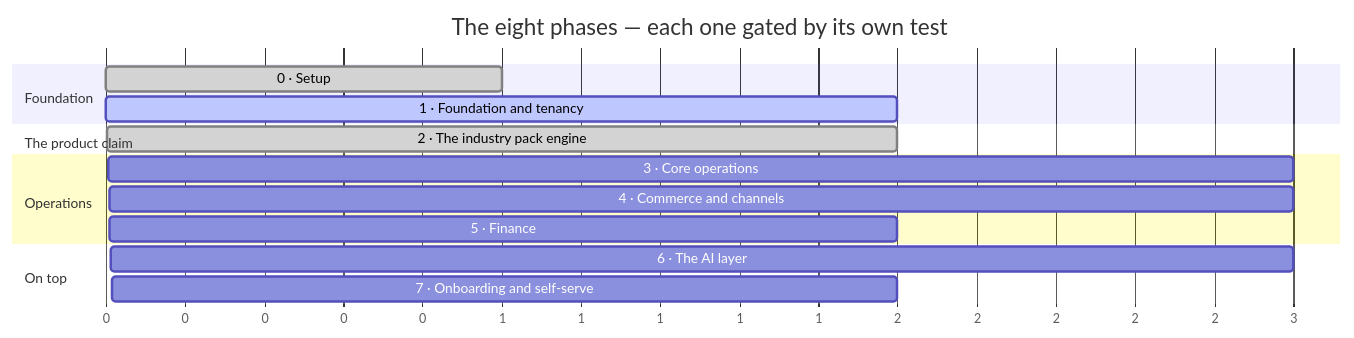
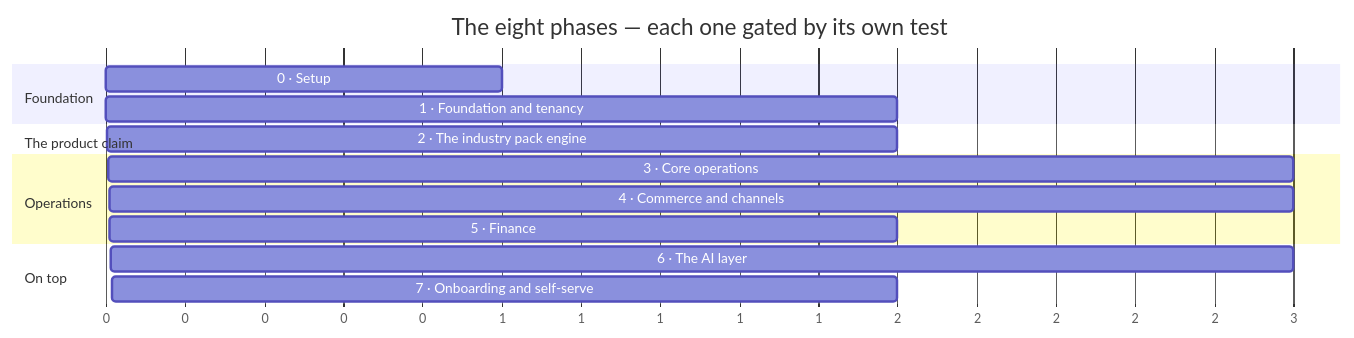
One commit to vastrangam/AI_Content_Engine changed diagram 14 of 16 in MEDHAVA_PLAN_OF_ACTION.md. Above: the diagram before and after it, drawn with Mermaid. The commit also changed other lines of this file and 28 other files, not shown here.

````diff
--- a/MEDHAVA_PLAN_OF_ACTION.md
+++ b/MEDHAVA_PLAN_OF_ACTION.md
@@ -548,18 +548,18 @@
 ```mermaid
 gantt
   title The eight phases — each one gated by its own test
   dateFormat X
   axisFormat %s
   section Foundation
-  0 · Setup                        :done, p0, 0, 1
-  1 · Foundation and tenancy       :active, p1, 1, 2
+  0 · Setup                        :p0, 0, 1
+  1 · Foundation and tenancy       :p1, 1, 2
   section The product claim
-  2 · The industry pack engine     :done, p2, 3, 2
+  2 · The industry pack engine     :p2, 3, 2
   section Operations
   3 · Core operations              :p3, 5, 3
   4 · Commerce and channels        :p4, 8, 3
   5 · Finance                      :p5, 11, 2
   section On top
   6 · The AI layer                 :p6, 13, 3
   7 · Onboarding and self-serve    :p7, 16, 2
 ```
````
